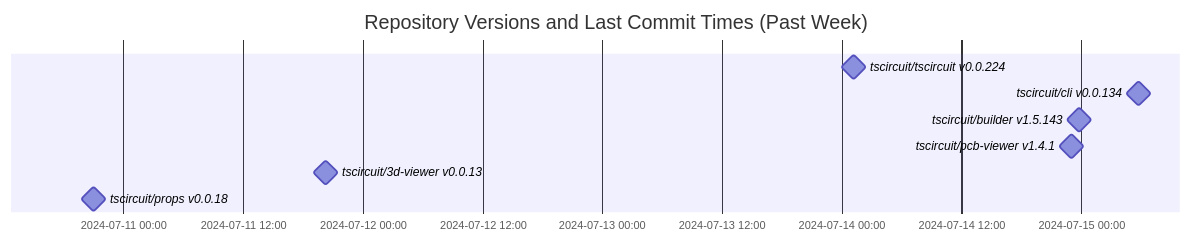
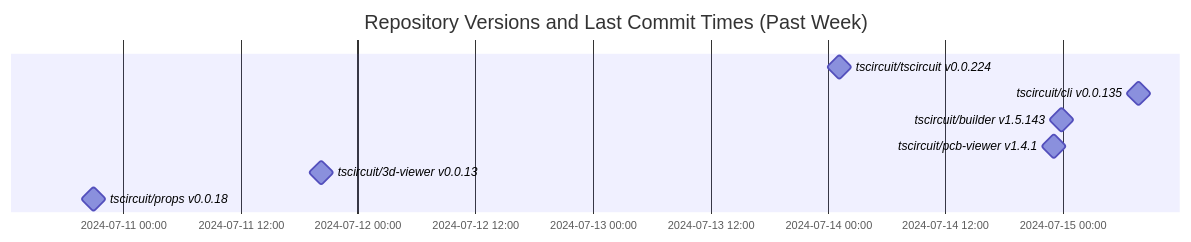
The diagram in README.md (tscircuit/version-tracker), drawn with Mermaid before and after one commit.

Commit message:
Update chart

````diff
--- a/README.md
+++ b/README.md
@@ -1,13 +1,13 @@
 ```mermaid
 gantt
   dateFormat  YYYY-MM-DD HH:mm:ss
   title Repository Versions and Last Commit Times (Past Week)
   axisFormat %Y-%m-%d %H:%M
 
   tscircuit/tscircuit v0.0.224 : milestone, 2024-07-14 01:11:10, 1s
-  tscircuit/cli v0.0.134 : milestone, 2024-07-15 05:46:30, 1s
+  tscircuit/cli v0.0.135 : milestone, 2024-07-15 07:44:10, 1s
   tscircuit/builder v1.5.143 : milestone, 2024-07-14 23:49:38, 1s
   tscircuit/pcb-viewer v1.4.1 : milestone, 2024-07-14 23:05:20, 1s
   tscircuit/3d-viewer v0.0.13 : milestone, 2024-07-11 20:12:35, 1s
   tscircuit/props v0.0.18 : milestone, 2024-07-10 20:59:29, 1s
 ```
````
